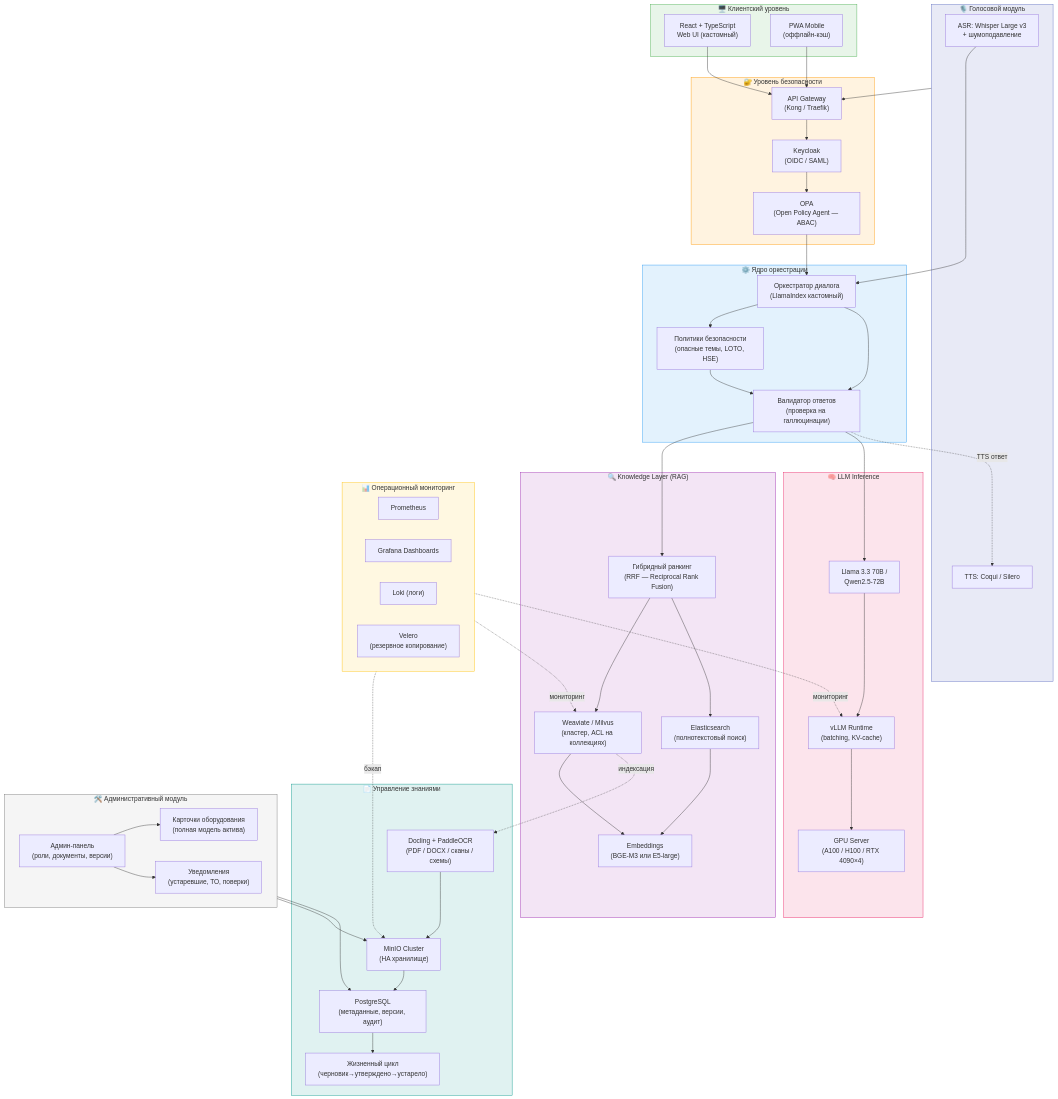
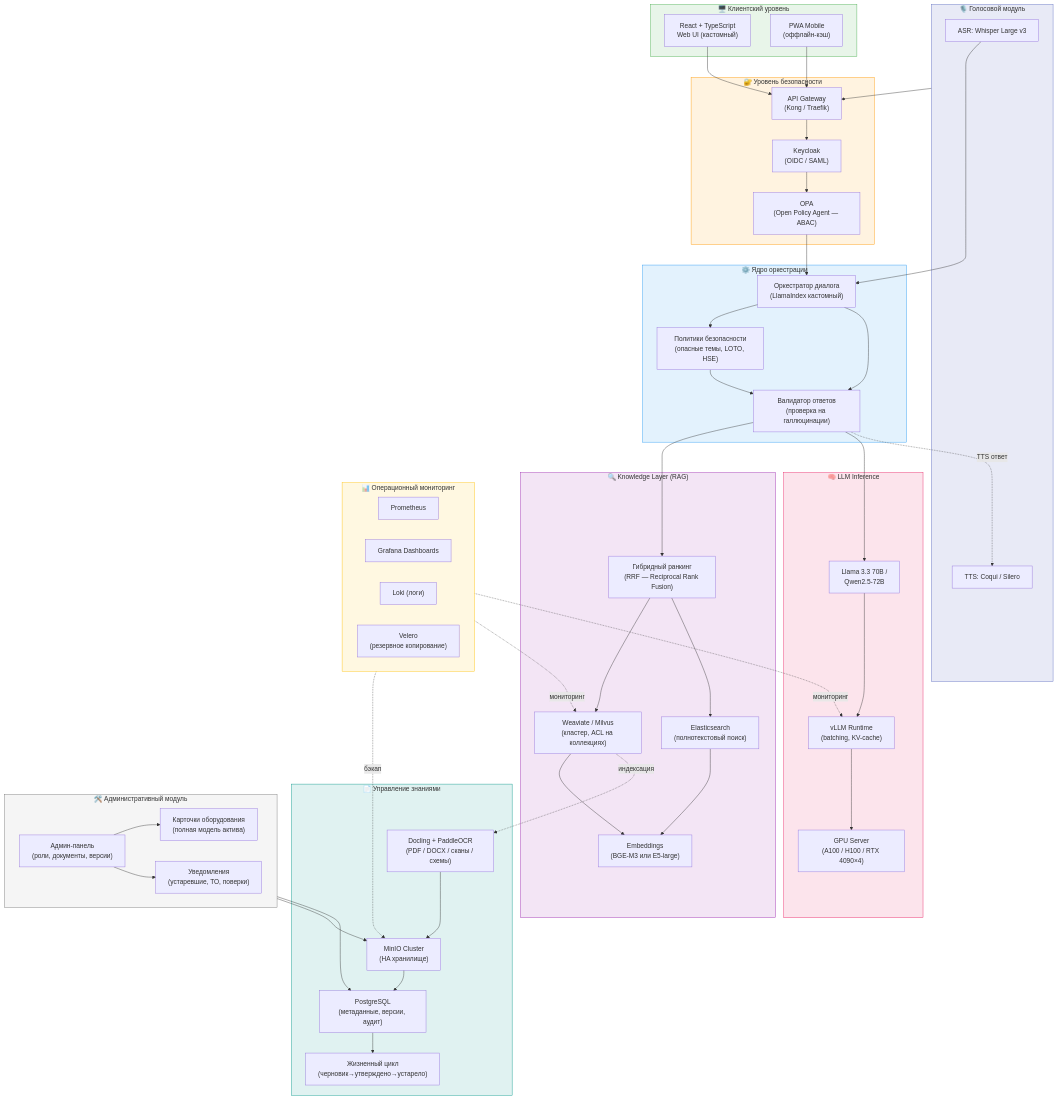
Before and after one commit to anatolyshipitsyn/gaz: the seventh of 10 diagrams in review.md, drawn with Mermaid. The commit also changed other lines of this file, not shown here.

```diff
--- a/review.md
+++ b/review.md
@@ -570,7 +563,7 @@
     end
 
     subgraph VOICE["🎙️ Голосовой модуль"]
-        ASR["ASR: Whisper Large v3\n+ шумоподавление"]
+        ASR["ASR: Whisper Large v3"]
         TTS["TTS: Coqui / Silero"]
     end
 
```
